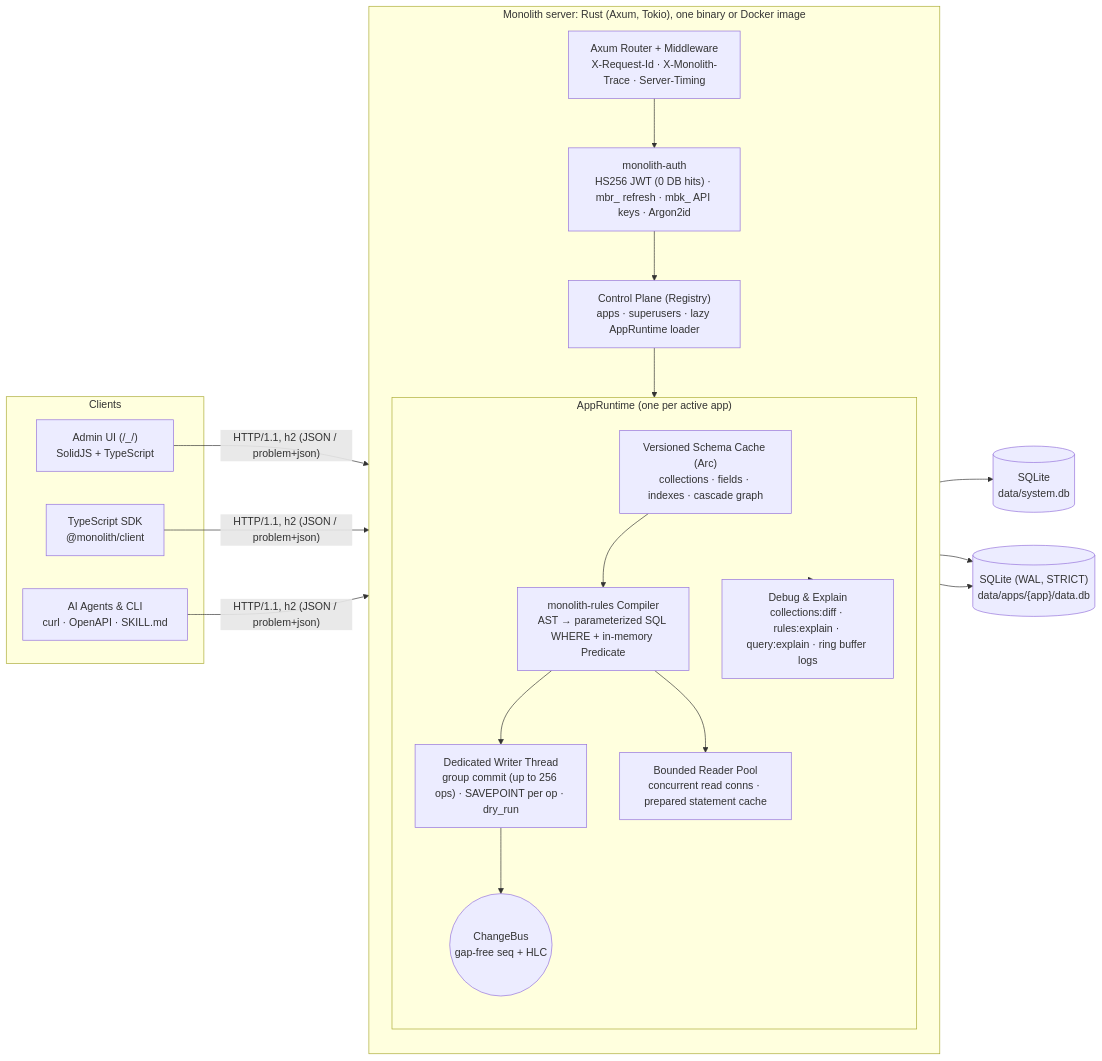
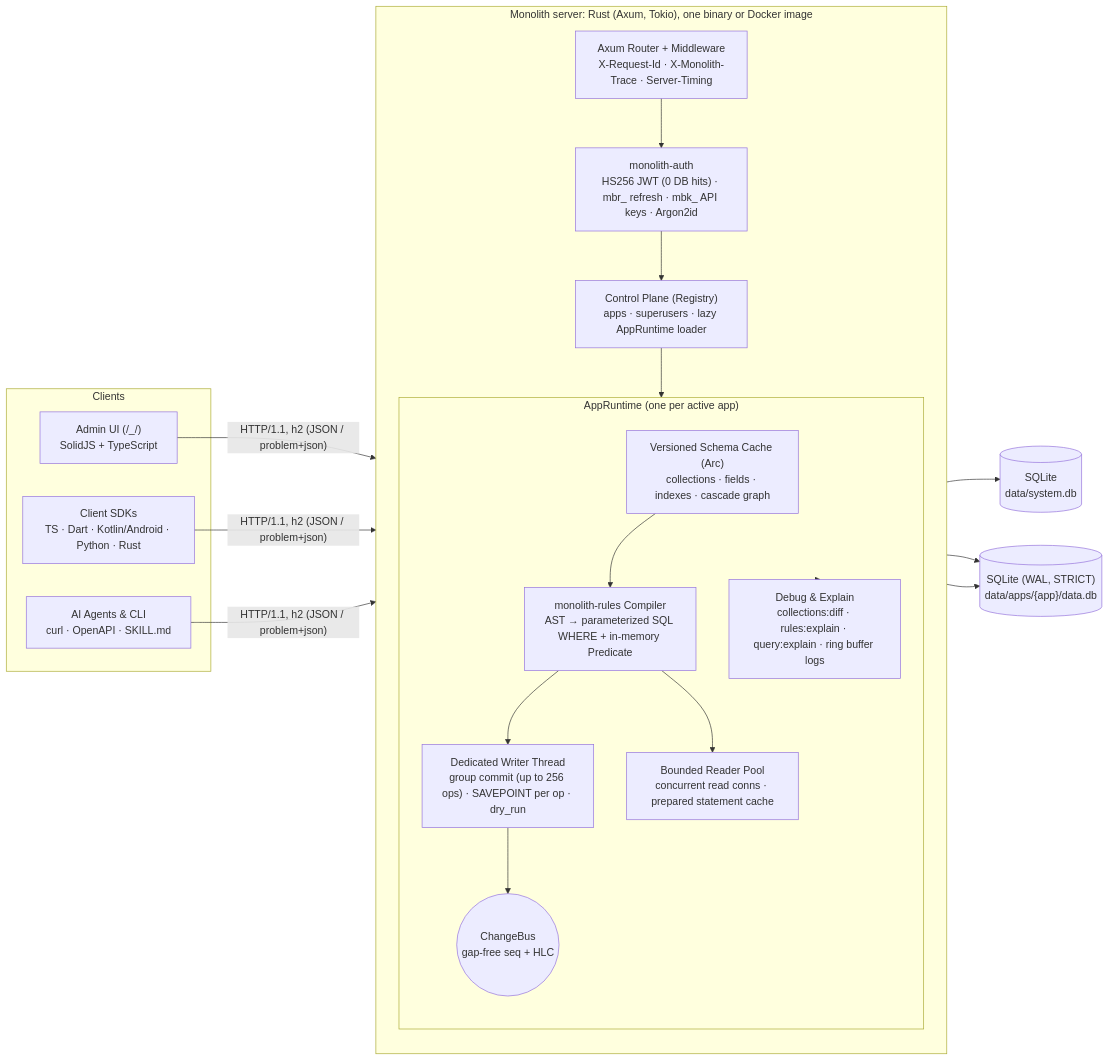
Before and after one commit to aiyu-ayaan/Monolith: the first of 2 diagrams in README.md, drawn with Mermaid. The commit also changed other lines of this file and 1 other file, not shown here.

First line of the commit message:
docs(sdks): document library features and language examples

````diff
--- a/README.md
+++ b/README.md
@@ -39,42 +39,42 @@
 ```mermaid
 flowchart LR
     subgraph Clients
         UI["Admin UI (/_/)<br/>SolidJS + TypeScript"]
-        TS["TypeScript SDK<br/>@monolith/client"]
+        SDKs["Client SDKs<br/>TS · Dart · Kotlin/Android · Python · Rust"]
         Agents["AI Agents & CLI<br/>curl · OpenAPI · SKILL.md"]
     end
 
     subgraph Server["Monolith server: Rust (Axum, Tokio), one binary or Docker image"]
         direction TB
         Router["Axum Router + Middleware<br/>X-Request-Id · X-Monolith-Trace · Server-Timing"]
         Auth["monolith-auth<br/>HS256 JWT (0 DB hits) · mbr_ refresh · mbk_ API keys · Argon2id"]
         Sys["Control Plane (Registry)<br/>apps · superusers · lazy AppRuntime loader"]
 
         subgraph AppRuntime["AppRuntime (one per active app)"]
             direction TB
             Schema["Versioned Schema Cache (Arc)<br/>collections · fields · indexes · cascade graph"]
             Rules["monolith-rules Compiler<br/>AST → parameterized SQL WHERE + in-memory Predicate"]
             Writer["Dedicated Writer Thread<br/>group commit (up to 256 ops) · SAVEPOINT per op · dry_run"]
             Readers["Bounded Reader Pool<br/>concurrent read conns · prepared statement cache"]
             Bus(("ChangeBus<br/>gap-free seq + HLC"))
             Debug["Debug & Explain<br/>collections:diff · rules:explain · query:explain · ring buffer logs"]
         end
 
         Router --> Auth
         Auth --> Sys
         Sys --> AppRuntime
         Schema --> Rules
         Rules --> Writer
         Rules --> Readers
         Writer --> Bus
         AppRuntime --> Debug
     end
 
     SysDB[("SQLite<br/>data/system.db")]
     AppDB[("SQLite (WAL, STRICT)<br/>data/apps/{app}/data.db")]
 
-    UI & TS & Agents -->|"HTTP/1.1, h2 (JSON / problem+json)"| Router
+    UI & SDKs & Agents -->|"HTTP/1.1, h2 (JSON / problem+json)"| Router
     Sys --> SysDB
     Writer --> AppDB
     Readers --> AppDB
 ```
````
